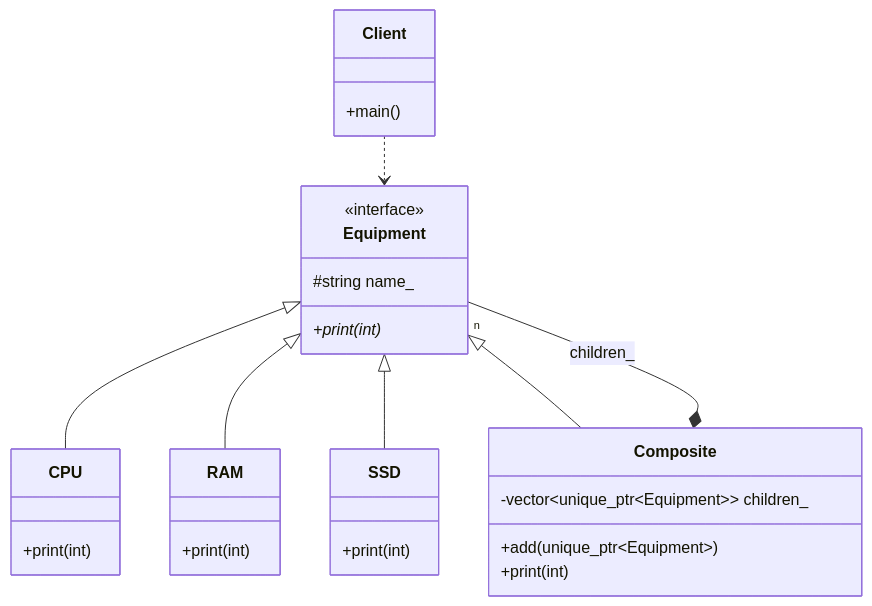
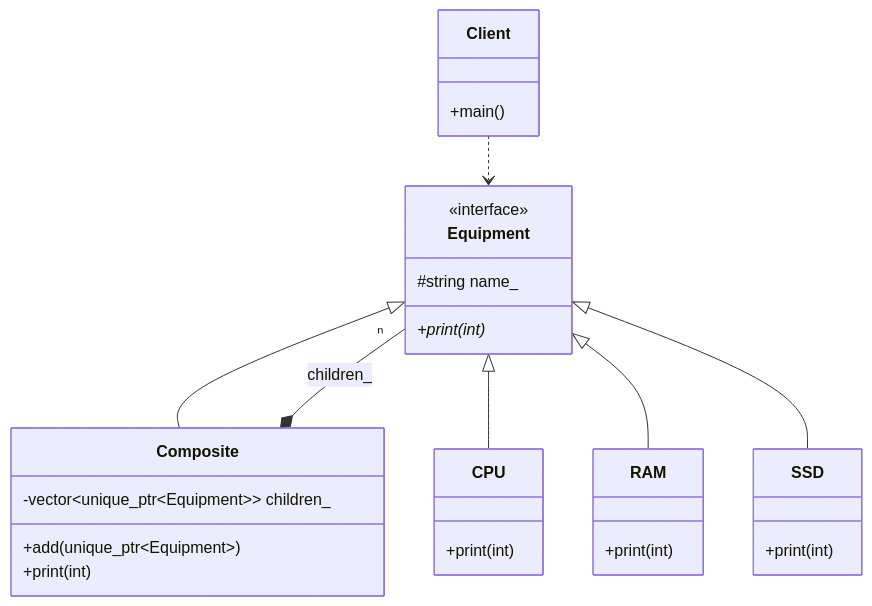
One commit to Cichlidfishexigency721/Modern-CPP-Design-Patterns changed the diagram in 10_Composite/README.md. Above: the diagram before and after it, drawn with Mermaid. The commit also changed other lines of this file and 1 other file, not shown here.

Commit message:
UML improvement

````diff
--- a/10_Composite/README.md
+++ b/10_Composite/README.md
@@ -46,42 +46,42 @@
 ```mermaid
 classDiagram
    class Equipment {
       <<interface>>
       #string name_
       +print(int)*
    }
 
    class CPU {
       +print(int)
    }
 
    class RAM {
       +print(int)
    }
 
    class SSD {
       +print(int)
    }
 
    class Composite {
       -vector~unique_ptr~Equipment~~ children_
       +add(unique_ptr~Equipment~)
       +print(int)
    }
 
    class Client {
       +main()
    }
 
    %% Inheritance (Is_a) - No numbers
+   Equipment <|-- Composite
    Equipment <|-- CPU
    Equipment <|-- RAM
    Equipment <|-- SSD
-   Equipment <|-- Composite
 
    %% Composition (Has_a) - Multiplicity "n" at the end
    Composite *-- "n" Equipment : children_
 
    %% Dependency - No numbers
    Client ..> Equipment
 ```
````
